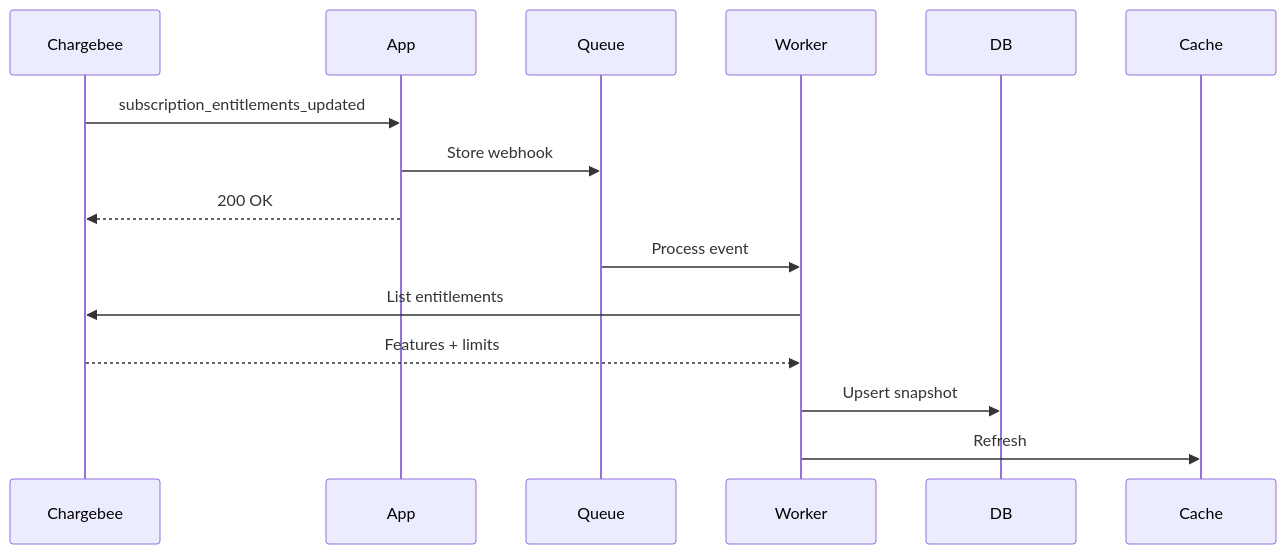
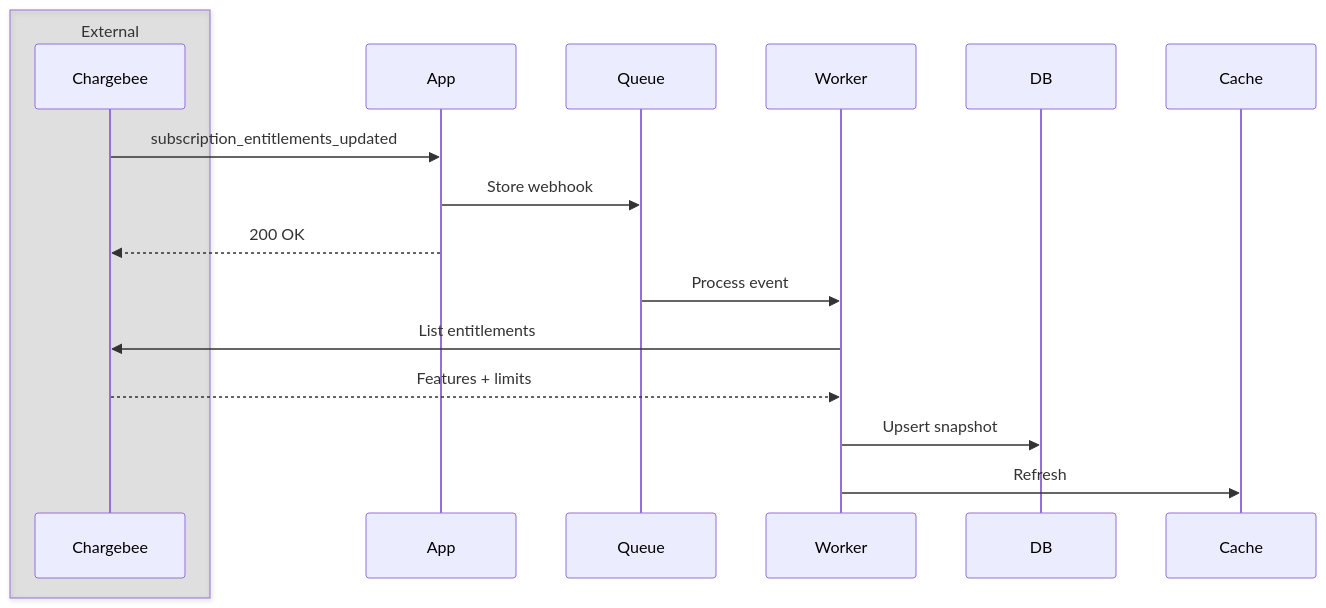
The second of 4 diagrams in draft/how-to-enforce-entitlement-checks.md (chargebee/reference-architecture), drawn with Mermaid before and after one commit. The commit also changed other lines of this file and 2 other files, not shown here.

````diff
--- a/draft/how-to-enforce-entitlement-checks.md
+++ b/draft/how-to-enforce-entitlement-checks.md
@@ -53,18 +81,20 @@
 ```mermaid
 sequenceDiagram
+  box rgba(0,0,0,0.1) External
   participant Chargebee
+  end
   participant App
   participant Queue
   participant Worker
   participant DB
   participant Cache
 
   Chargebee->>App: subscription_entitlements_updated
   App->>Queue: Store webhook
   App-->>Chargebee: 200 OK
   Queue->>Worker: Process event
   Worker->>Chargebee: List entitlements
   Chargebee-->>Worker: Features + limits
   Worker->>DB: Upsert snapshot
   Worker->>Cache: Refresh
 ```
````
